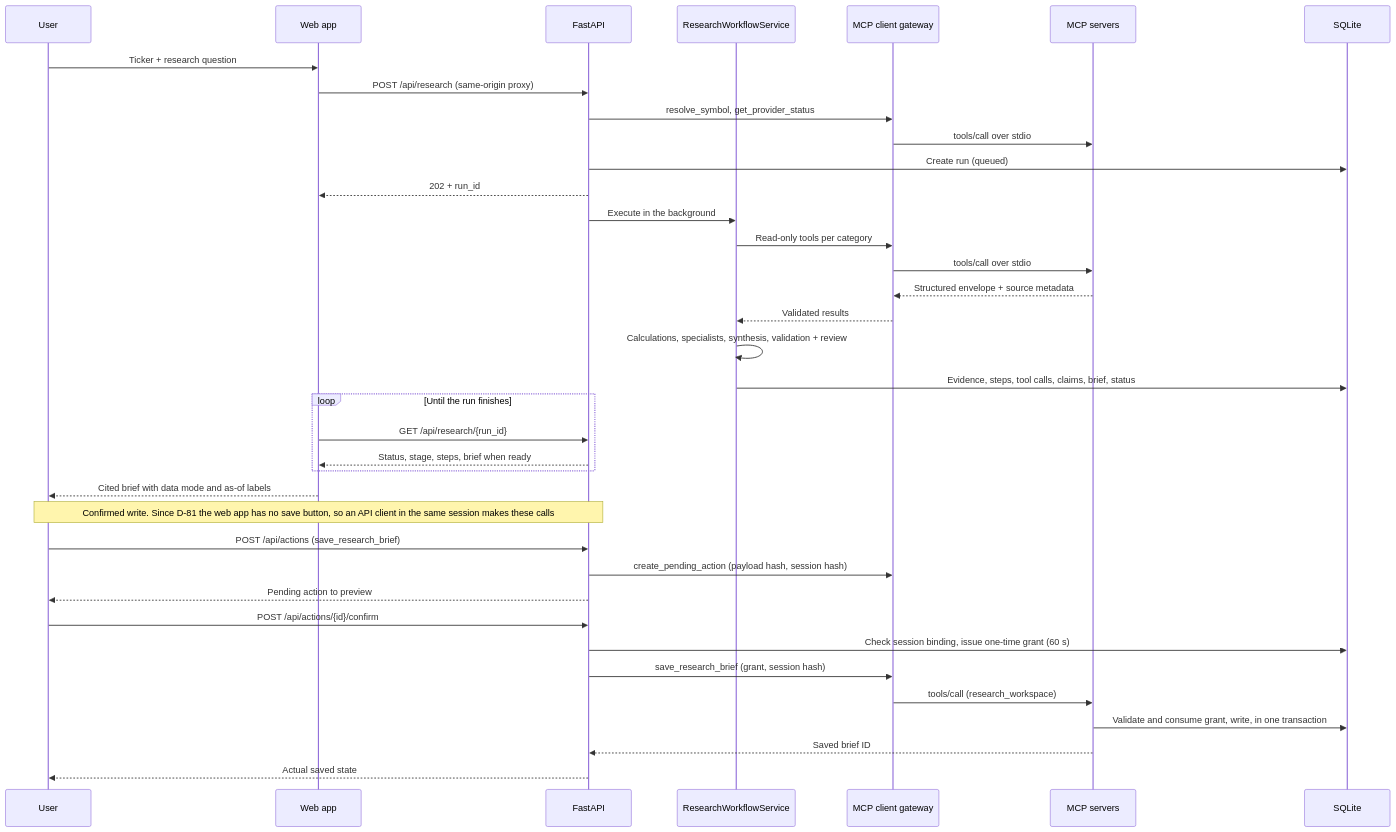
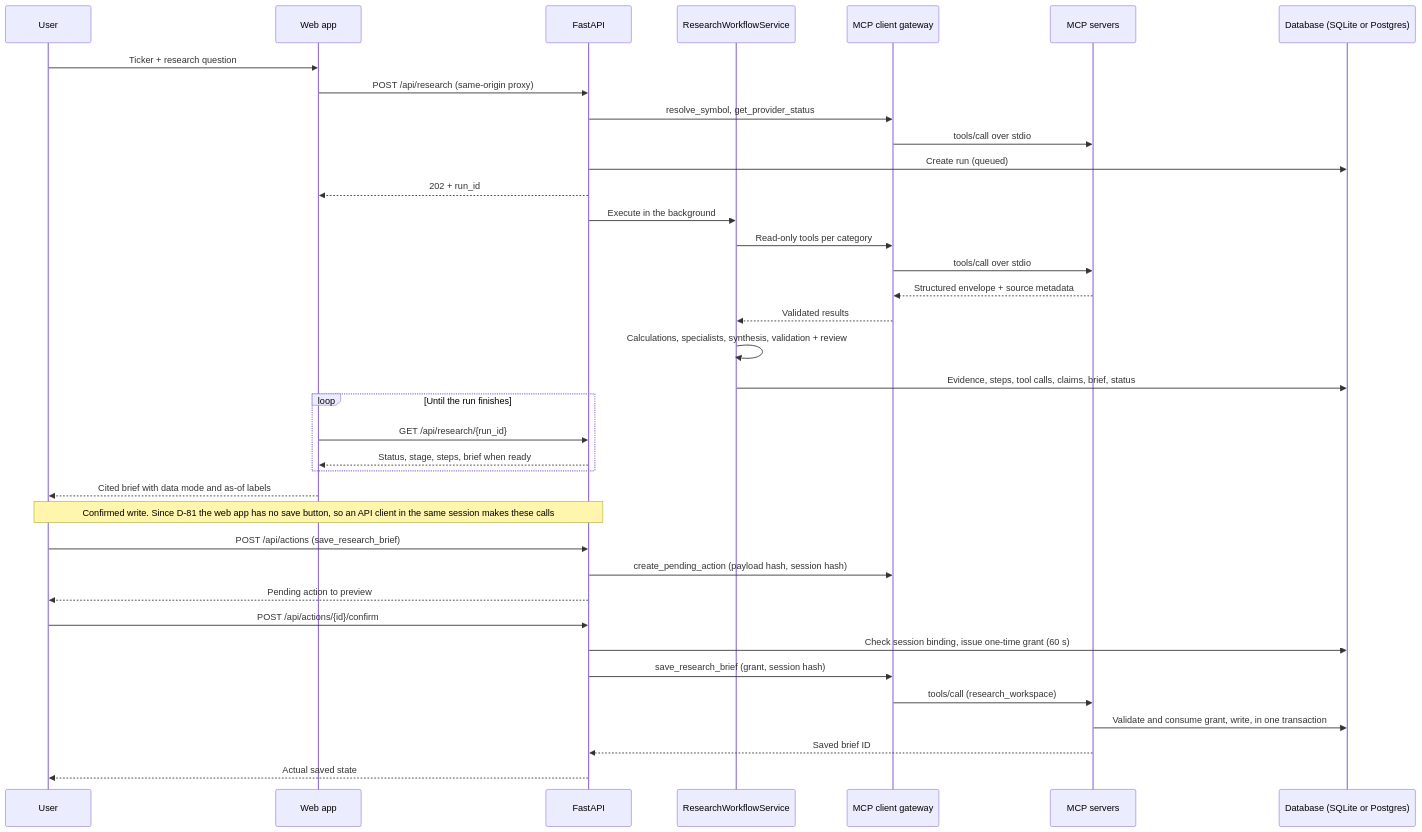
One commit to sumansurvi/MarketLens changed the second of 2 diagrams in architecture.md. Above: the diagram before and after it, drawn with Mermaid. The commit also changed other lines of this file and 53 other files, not shown here.

````diff
--- a/architecture.md
+++ b/architecture.md
@@ -507,39 +528,39 @@
 ```mermaid
 sequenceDiagram
   participant User
   participant Web as Web app
   participant API as FastAPI
   participant WF as ResearchWorkflowService
   participant GW as MCP client gateway
   participant Srv as MCP servers
-  participant DB as SQLite
+  participant DB as Database (SQLite or Postgres)
   User->>Web: Ticker + research question
   Web->>API: POST /api/research (same-origin proxy)
   API->>GW: resolve_symbol, get_provider_status
   GW->>Srv: tools/call over stdio
   API->>DB: Create run (queued)
   API-->>Web: 202 + run_id
   API->>WF: Execute in the background
   WF->>GW: Read-only tools per category
   GW->>Srv: tools/call over stdio
   Srv-->>GW: Structured envelope + source metadata
   GW-->>WF: Validated results
   WF->>WF: Calculations, specialists, synthesis, validation + review
   WF->>DB: Evidence, steps, tool calls, claims, brief, status
   loop Until the run finishes
     Web->>API: GET /api/research/{run_id}
     API-->>Web: Status, stage, steps, brief when ready
   end
   Web-->>User: Cited brief with data mode and as-of labels
   Note over User,API: Confirmed write. Since D-81 the web app has no save button, so an API client in the same session makes these calls
   User->>API: POST /api/actions (save_research_brief)
   API->>GW: create_pending_action (payload hash, session hash)
   API-->>User: Pending action to preview
   User->>API: POST /api/actions/{id}/confirm
   API->>DB: Check session binding, issue one-time grant (60 s)
   API->>GW: save_research_brief (grant, session hash)
   GW->>Srv: tools/call (research_workspace)
   Srv->>DB: Validate and consume grant, write, in one transaction
   Srv-->>API: Saved brief ID
   API-->>User: Actual saved state
 ```
````
